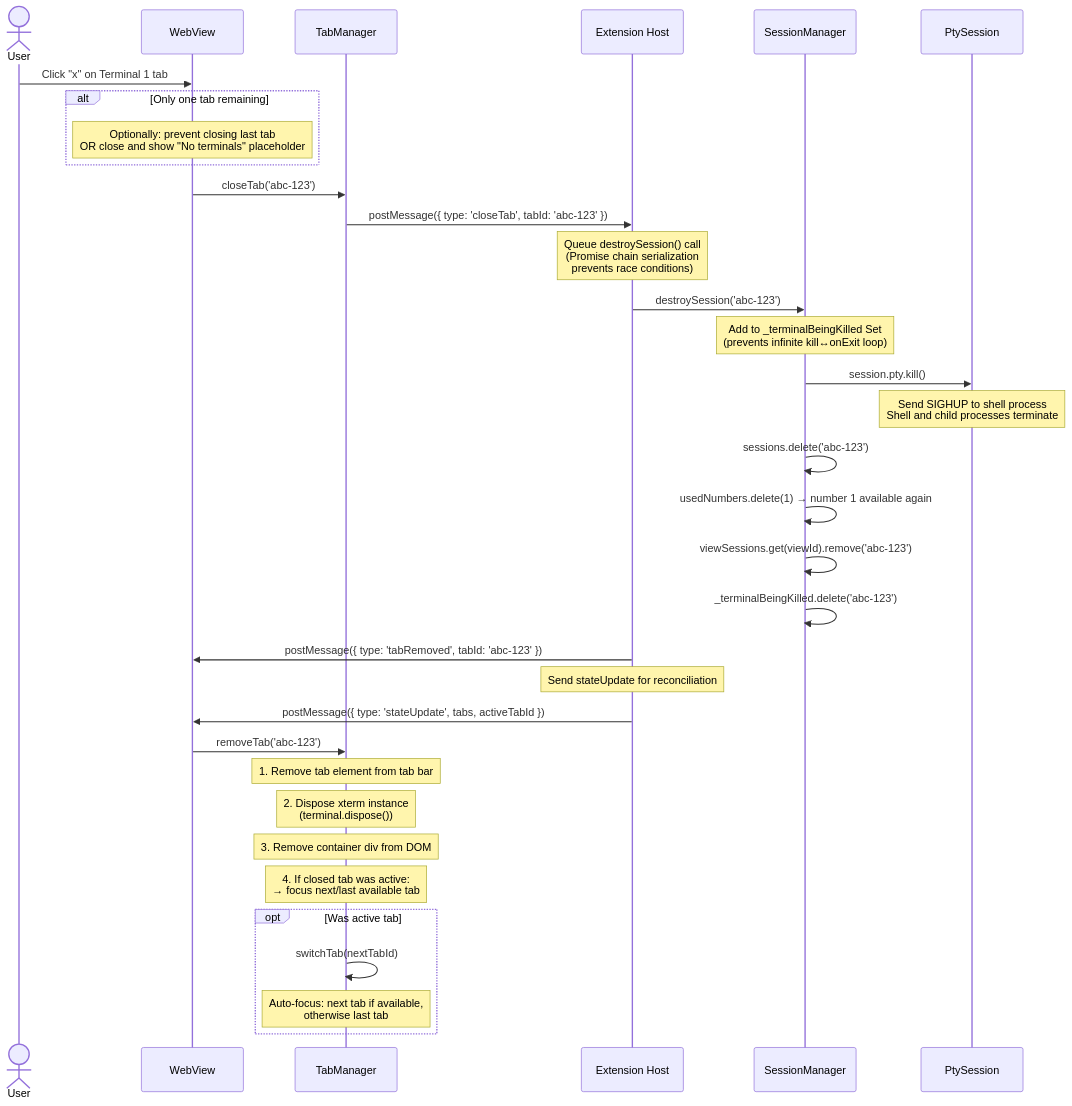
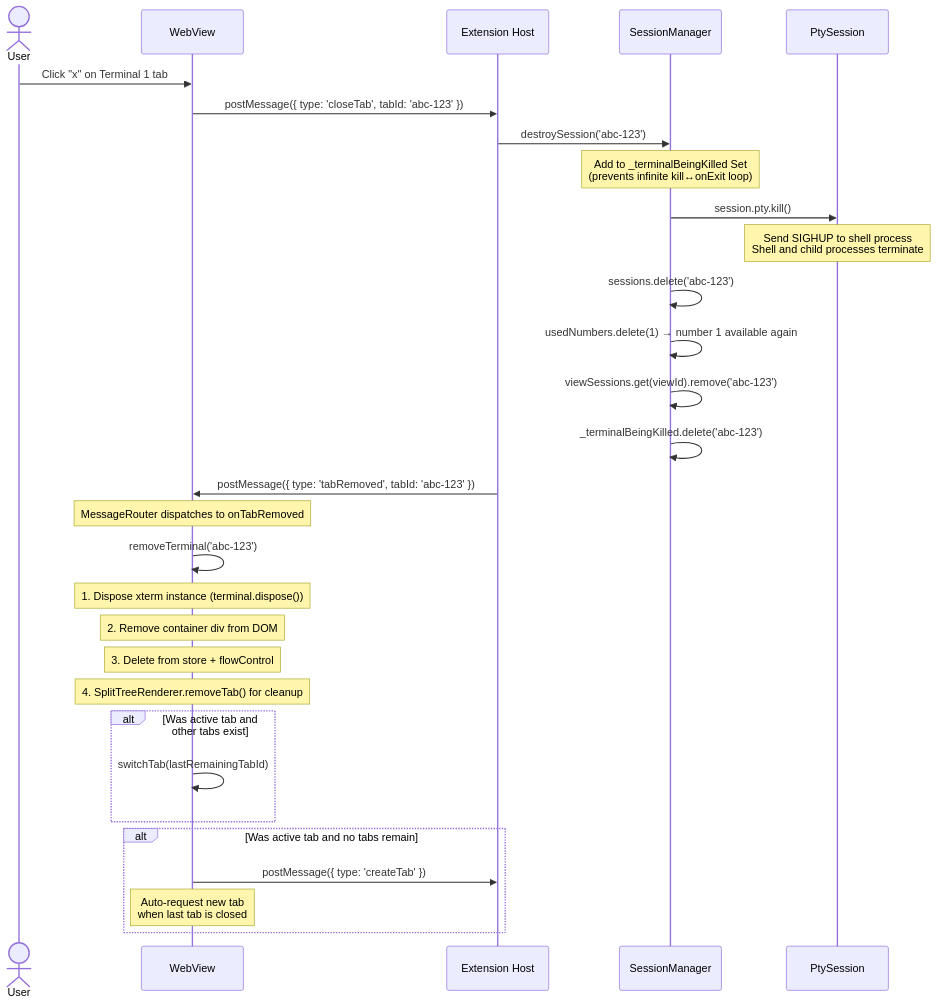
The fifth of 8 diagrams in docs/design/flow-multi-tab.md (huybuidac/anywhere-terminal), drawn with Mermaid before and after one commit. The commit also changed other lines of this file and 46 other files, not shown here.

Commit message:
refactor: extract terminal factory, split renderer, and flow control into dedicated modules, reducing main.ts to a composition root, and add new webview tests.

````diff
--- a/docs/design/flow-multi-tab.md
+++ b/docs/design/flow-multi-tab.md
@@ -175,45 +140,38 @@
 ```mermaid
 sequenceDiagram
     actor User
     participant WV as WebView
-    participant TM as TabManager
     participant Ext as Extension Host
     participant SM as SessionManager
     participant PTY as PtySession
 
     User->>WV: Click "x" on Terminal 1 tab
 
-    alt Only one tab remaining
-        Note over WV: Optionally: prevent closing last tab<br/>OR close and show "No terminals" placeholder
-    end
-
-    WV->>TM: closeTab('abc-123')
-    TM->>Ext: postMessage({ type: 'closeTab', tabId: 'abc-123' })
-
-    Note over Ext: Queue destroySession() call<br/>(Promise chain serialization<br/>prevents race conditions)
+    WV->>Ext: postMessage({ type: 'closeTab', tabId: 'abc-123' })
 
     Ext->>SM: destroySession('abc-123')
     Note over SM: Add to _terminalBeingKilled Set<br/>(prevents infinite kill↔onExit loop)
     SM->>PTY: session.pty.kill()
     Note over PTY: Send SIGHUP to shell process<br/>Shell and child processes terminate
     SM->>SM: sessions.delete('abc-123')
     SM->>SM: usedNumbers.delete(1) → number 1 available again
     SM->>SM: viewSessions.get(viewId).remove('abc-123')
     SM->>SM: _terminalBeingKilled.delete('abc-123')
 
     Ext->>WV: postMessage({ type: 'tabRemoved', tabId: 'abc-123' })
 
-    Note over Ext: Send stateUpdate for reconciliation
-    Ext->>WV: postMessage({ type: 'stateUpdate', tabs, activeTabId })
+    Note over WV: MessageRouter dispatches to onTabRemoved
+    WV->>WV: removeTerminal('abc-123')
+    Note over WV: 1. Dispose xterm instance (terminal.dispose())
+    Note over WV: 2. Remove container div from DOM
+    Note over WV: 3. Delete from store + flowControl
+    Note over WV: 4. SplitTreeRenderer.removeTab() for cleanup
 
-    WV->>TM: removeTab('abc-123')
-    Note over TM: 1. Remove tab element from tab bar
-    Note over TM: 2. Dispose xterm instance<br/>(terminal.dispose())
-    Note over TM: 3. Remove container div from DOM
-    Note over TM: 4. If closed tab was active:<br/>→ focus next/last available tab
-
-    opt Was active tab
-        TM->>TM: switchTab(nextTabId)
-        Note over TM: Auto-focus: next tab if available,<br/>otherwise last tab
+    alt Was active tab and other tabs exist
+        WV->>WV: switchTab(lastRemainingTabId)
+    end
+    alt Was active tab and no tabs remain
+        WV->>Ext: postMessage({ type: 'createTab' })
+        Note over WV: Auto-request new tab<br/>when last tab is closed
     end
 ```
````
